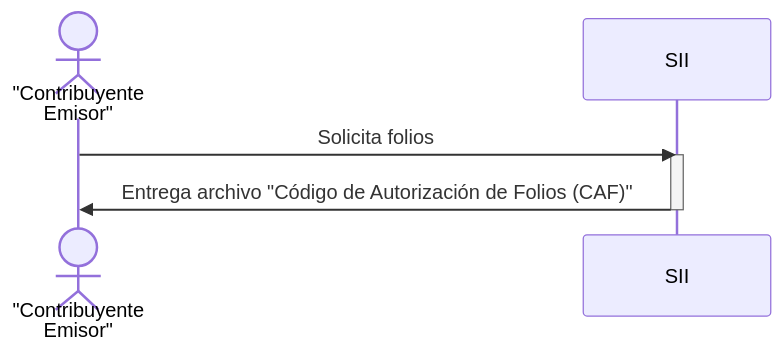
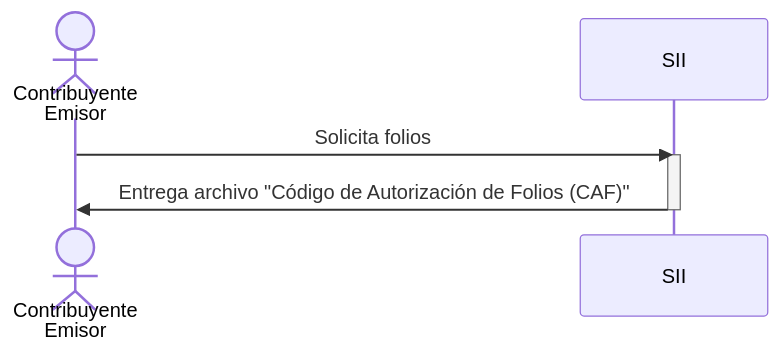
One commit to mliulion/sii-uml changed the first of 2 diagrams in README.md. Above: the diagram before and after it, drawn with Mermaid. The commit also changed other lines of this file, not shown here.

````diff
--- a/README.md
+++ b/README.md
@@ -14,14 +16,13 @@
 ```mermaid
 sequenceDiagram
 
-    actor       Contribuyente as "Contribuyente<br/>Emisor"
+    actor       Contribuyente as Contribuyente<br/>Emisor
     participant SII
 
     Contribuyente->>SII: Solicita folios
     activate SII
     
     SII->>Contribuyente: Entrega archivo "Código de Autorización de Folios (CAF)"
     deactivate SII
 
-
 ```
````
